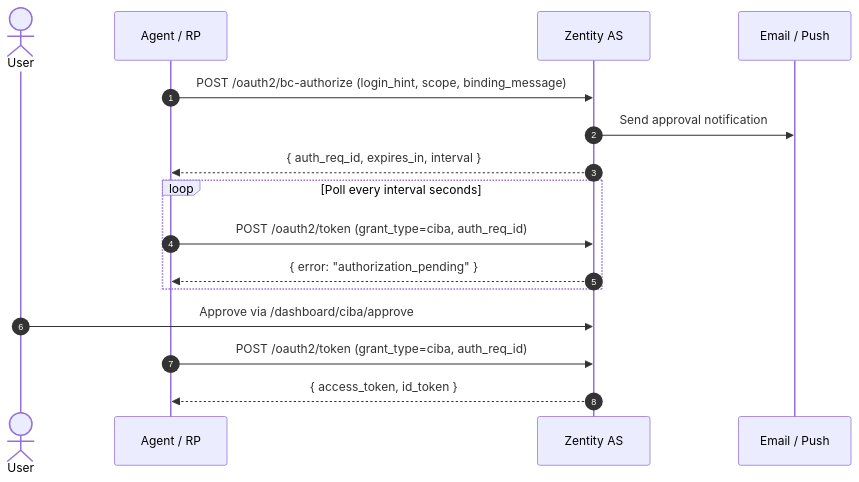
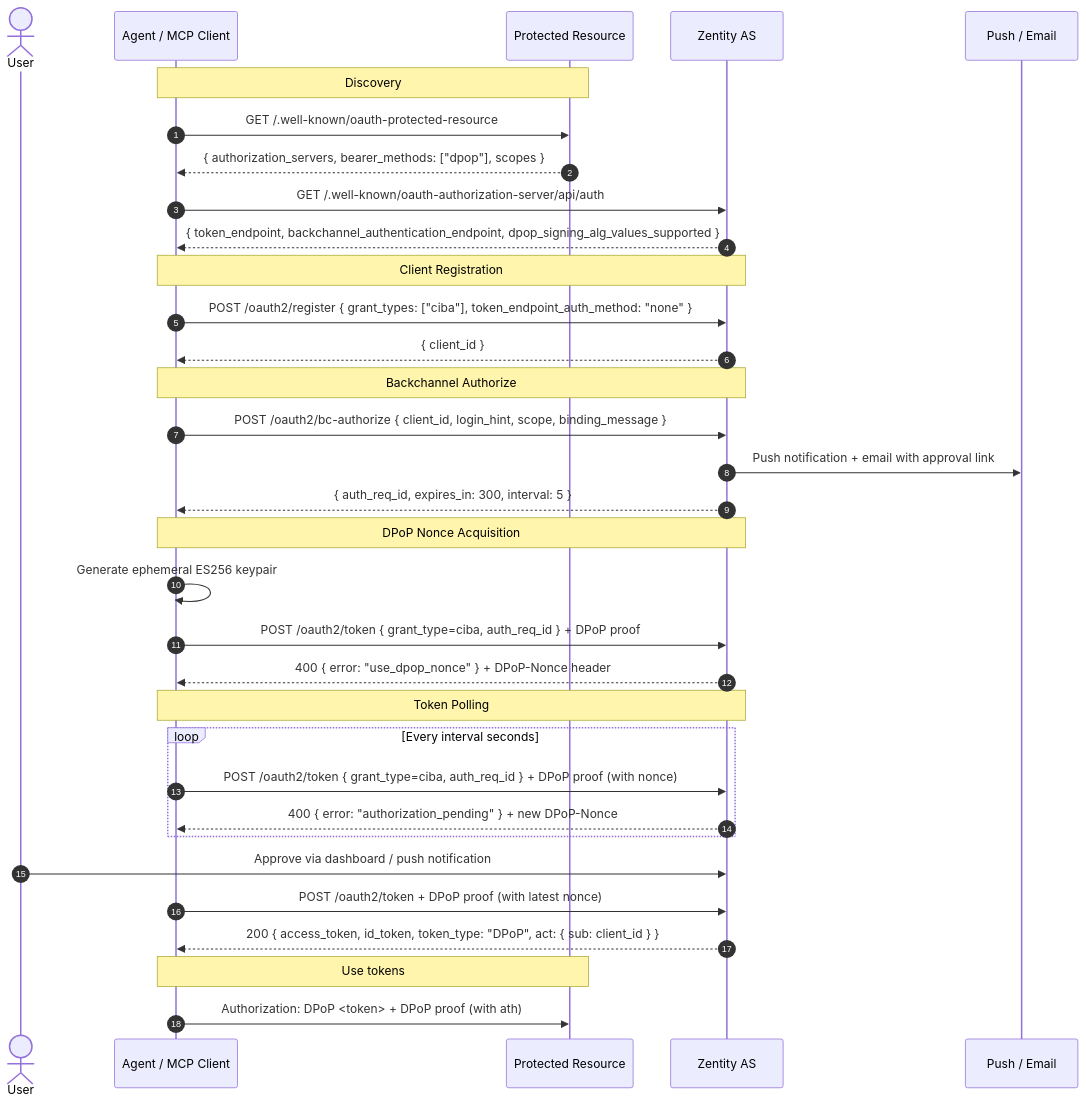
One commit to gustavovalverde/zentity changed the second of 4 diagrams in docs/oauth-integrations.md. Above: the diagram before and after it, drawn with Mermaid. The commit also changed other lines of this file and 13 other files, not shown here.

First line of the commit message:
feat: add CIBA CLI test harness, move JWKS to /oauth2/jwks, rewrite OAuth docs

````diff
--- a/docs/oauth-integrations.md
+++ b/docs/oauth-integrations.md
@@ -498,19 +108,42 @@
 ```mermaid
 sequenceDiagram
   autonumber
   actor User
-  participant Agent as Agent / RP
+  participant Agent as Agent / MCP Client
+  participant RS as Protected Resource
   participant AS as Zentity AS
-  participant Email as Email / Push
+  participant Notify as Push / Email
 
-  Agent->>AS: POST /oauth2/bc-authorize (login_hint, scope, binding_message)
-  AS->>Email: Send approval notification
-  AS-->>Agent: { auth_req_id, expires_in, interval }
-  loop Poll every interval seconds
-    Agent->>AS: POST /oauth2/token (grant_type=ciba, auth_req_id)
-    AS-->>Agent: { error: "authorization_pending" }
+  Note over Agent,RS: Discovery
+  Agent->>RS: GET /.well-known/oauth-protected-resource
+  RS-->>Agent: { authorization_servers, bearer_methods: ["dpop"], scopes }
+  Agent->>AS: GET /.well-known/oauth-authorization-server/api/auth
+  AS-->>Agent: { token_endpoint, backchannel_authentication_endpoint, dpop_signing_alg_values_supported }
+
+  Note over Agent,AS: Client Registration
+  Agent->>AS: POST /oauth2/register { grant_types: ["ciba"], token_endpoint_auth_method: "none" }
+  AS-->>Agent: { client_id }
+
+  Note over Agent,AS: Backchannel Authorize
+  Agent->>AS: POST /oauth2/bc-authorize { client_id, login_hint, scope, binding_message }
+  AS->>Notify: Push notification + email with approval link
+  AS-->>Agent: { auth_req_id, expires_in: 300, interval: 5 }
+
+  Note over Agent,AS: DPoP Nonce Acquisition
+  Agent->>Agent: Generate ephemeral ES256 keypair
+  Agent->>AS: POST /oauth2/token { grant_type=ciba, auth_req_id } + DPoP proof
+  AS-->>Agent: 400 { error: "use_dpop_nonce" } + DPoP-Nonce header
+
+  Note over Agent,AS: Token Polling
+  loop Every interval seconds
+    Agent->>AS: POST /oauth2/token { grant_type=ciba, auth_req_id } + DPoP proof (with nonce)
+    AS-->>Agent: 400 { error: "authorization_pending" } + new DPoP-Nonce
   end
-  User->>AS: Approve via /dashboard/ciba/approve
-  Agent->>AS: POST /oauth2/token (grant_type=ciba, auth_req_id)
-  AS-->>Agent: { access_token, id_token }
+
+  User->>AS: Approve via dashboard / push notification
+  Agent->>AS: POST /oauth2/token + DPoP proof (with latest nonce)
+  AS-->>Agent: 200 { access_token, id_token, token_type: "DPoP", act: { sub: client_id } }
+
+  Note over Agent,RS: Use tokens
+  Agent->>RS: Authorization: DPoP <token> + DPoP proof (with ath)
 ```
````
